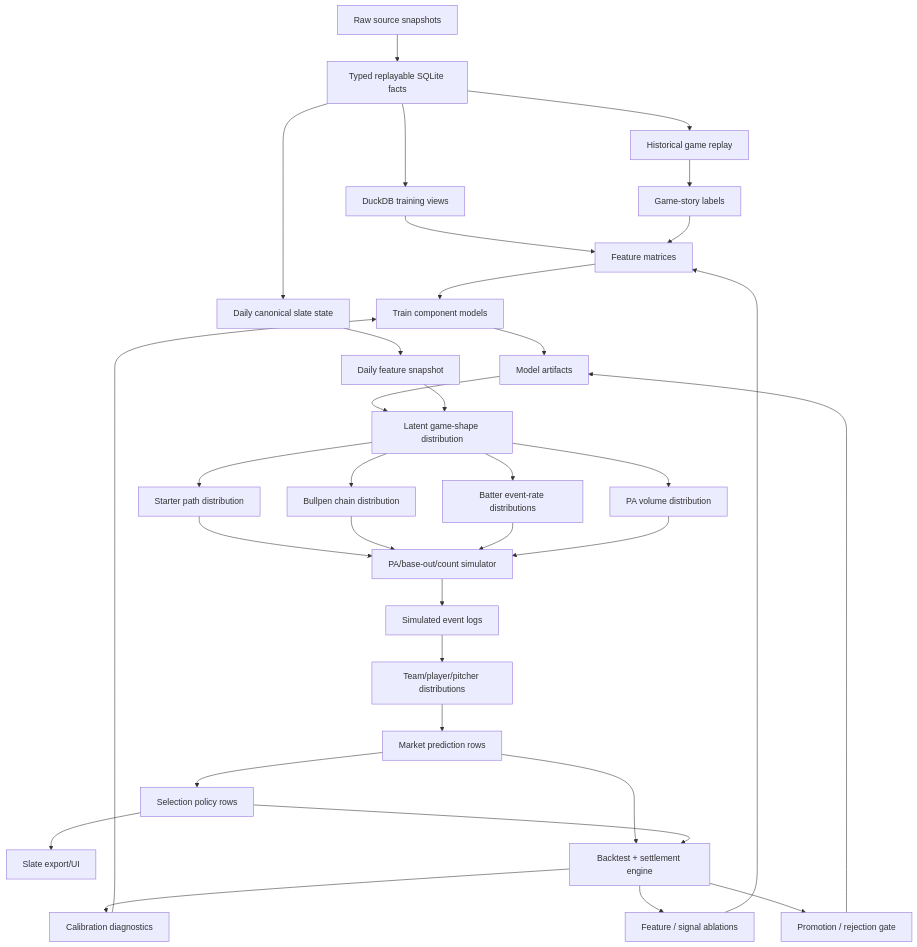
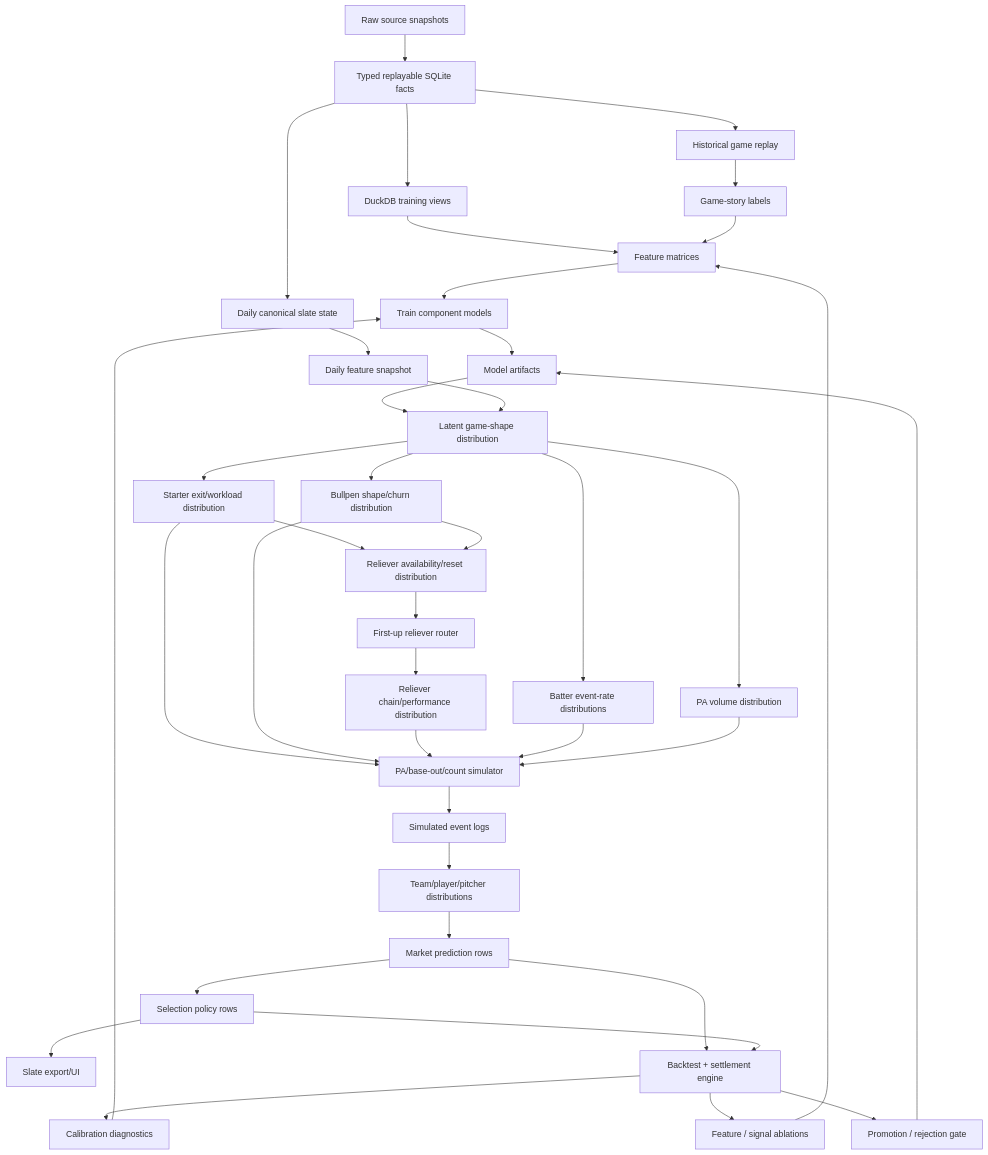
Before and after one commit to jiancchen/SlateAi: the first of 2 diagrams in development-docs/mlb/models/mlb-m3-hierarchical-simulator-architecture.md, drawn with Mermaid. The commit also changed other lines of this file and 6 other files, not shown here.

First line of the commit message:
Model starter exit and reliever routing in MLB-M3

````diff
--- a/development-docs/mlb/models/mlb-m3-hierarchical-simulator-architecture.md
+++ b/development-docs/mlb/models/mlb-m3-hierarchical-simulator-architecture.md
@@ -61,41 +62,46 @@
 ```mermaid
 flowchart TD
   A["Raw source snapshots"] --> B["Typed replayable SQLite facts"]
   B --> C["DuckDB training views"]
   B --> D["Daily canonical slate state"]
   B --> E["Historical game replay"]
   E --> F["Game-story labels"]
 
   C --> G["Feature matrices"]
   F --> G
   G --> H["Train component models"]
   H --> I["Model artifacts"]
 
   D --> J["Daily feature snapshot"]
   I --> K["Latent game-shape distribution"]
   J --> K
 
-  K --> L["Starter path distribution"]
-  K --> M["Bullpen chain distribution"]
+  K --> L["Starter exit/workload distribution"]
+  K --> M["Bullpen shape/churn distribution"]
+  L --> RA["Reliever availability/reset distribution"]
+  M --> RA
+  RA --> RR["First-up reliever router"]
+  RR --> RC["Reliever chain/performance distribution"]
   K --> N["Batter event-rate distributions"]
   K --> O["PA volume distribution"]
 
   L --> P["PA/base-out/count simulator"]
   M --> P
+  RC --> P
   N --> P
   O --> P
 
   P --> Q["Simulated event logs"]
   Q --> R["Team/player/pitcher distributions"]
   R --> S["Market prediction rows"]
   S --> T["Selection policy rows"]
   T --> U["Slate export/UI"]
   S --> V["Backtest + settlement engine"]
   T --> V
   V --> W["Calibration diagnostics"]
   V --> X["Feature / signal ablations"]
   V --> Y["Promotion / rejection gate"]
   W --> H
   X --> G
   Y --> I
 ```
````
